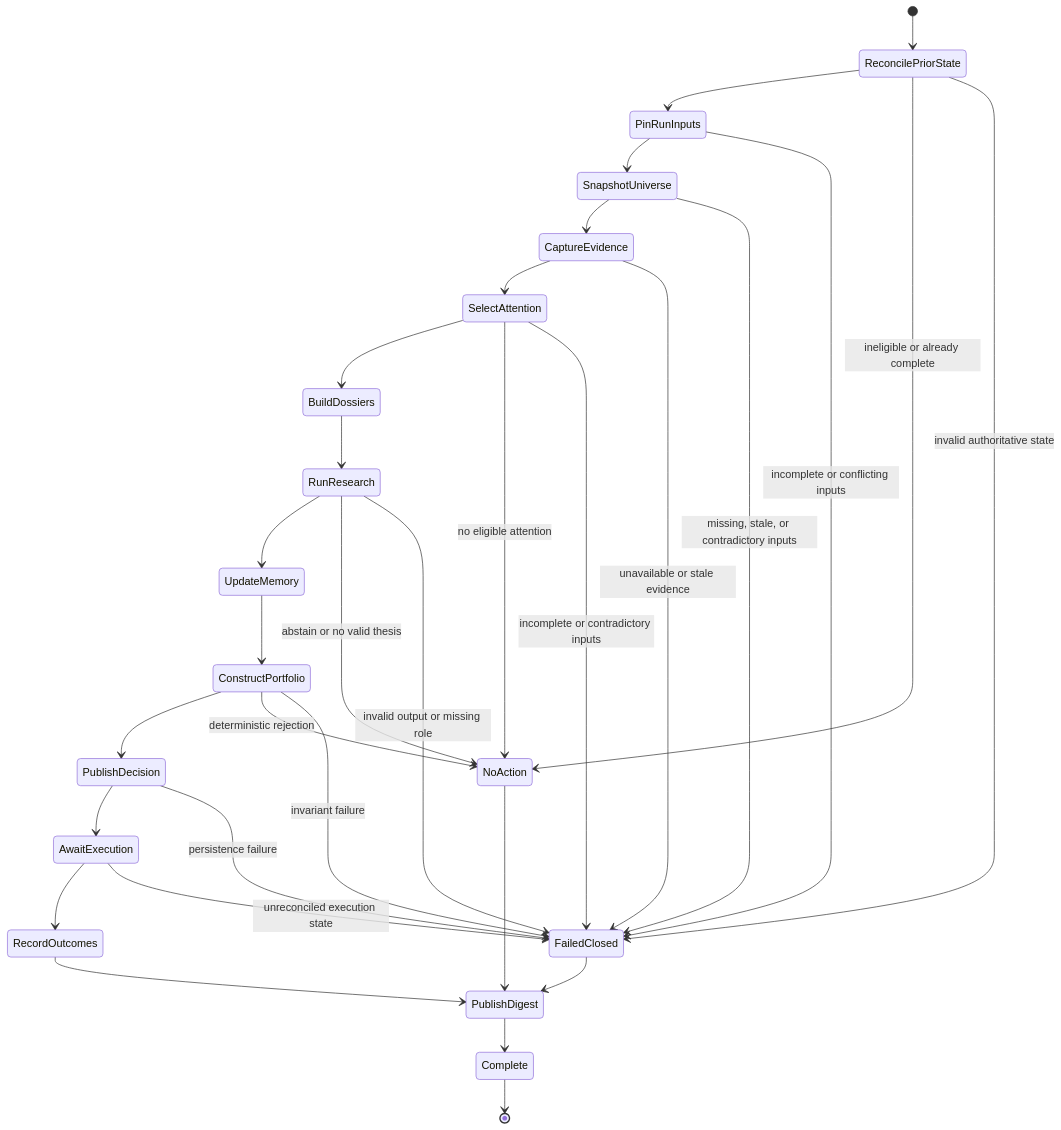
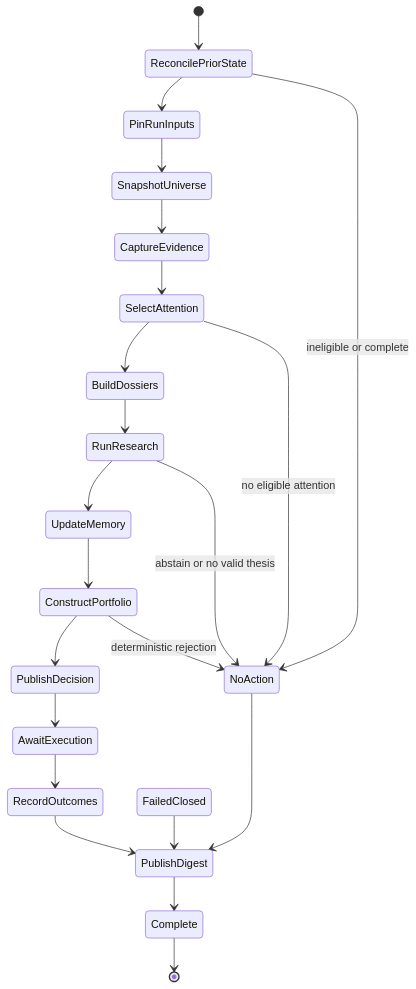
Before and after one commit to investlink-ai/agentic_investment_os: the third of 3 diagrams in docs/architecture.md, drawn with Mermaid. The commit also changed other lines of this file, not shown here.

Commit message:
docs(architecture): expose compact invariant interface

````diff
--- a/docs/architecture.md
+++ b/docs/architecture.md
@@ -314,35 +205,26 @@
 ```mermaid
 stateDiagram-v2
     [*] --> ReconcilePriorState
     ReconcilePriorState --> PinRunInputs
     PinRunInputs --> SnapshotUniverse
     SnapshotUniverse --> CaptureEvidence
     CaptureEvidence --> SelectAttention
     SelectAttention --> BuildDossiers
     BuildDossiers --> RunResearch
     RunResearch --> UpdateMemory
     UpdateMemory --> ConstructPortfolio
     ConstructPortfolio --> PublishDecision
     PublishDecision --> AwaitExecution
     AwaitExecution --> RecordOutcomes
     RecordOutcomes --> PublishDigest
     PublishDigest --> Complete
     Complete --> [*]
 
-    ReconcilePriorState --> NoAction: ineligible or already complete
+    ReconcilePriorState --> NoAction: ineligible or complete
     SelectAttention --> NoAction: no eligible attention
     RunResearch --> NoAction: abstain or no valid thesis
     ConstructPortfolio --> NoAction: deterministic rejection
     NoAction --> PublishDigest
 
-    ReconcilePriorState --> FailedClosed: invalid authoritative state
-    PinRunInputs --> FailedClosed: incomplete or conflicting inputs
-    SnapshotUniverse --> FailedClosed: missing, stale, or contradictory inputs
-    CaptureEvidence --> FailedClosed: unavailable or stale evidence
-    SelectAttention --> FailedClosed: incomplete or contradictory inputs
-    RunResearch --> FailedClosed: invalid output or missing role
-    ConstructPortfolio --> FailedClosed: invariant failure
-    PublishDecision --> FailedClosed: persistence failure
-    AwaitExecution --> FailedClosed: unreconciled execution state
     FailedClosed --> PublishDigest
 ```
````
